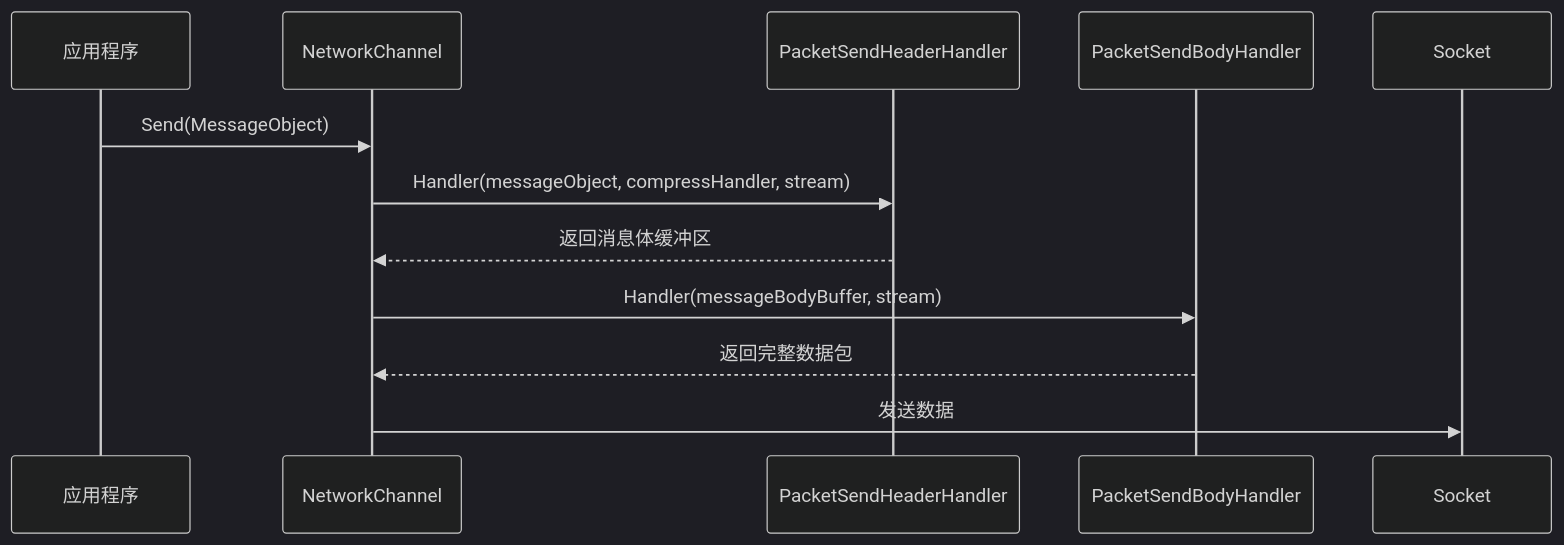
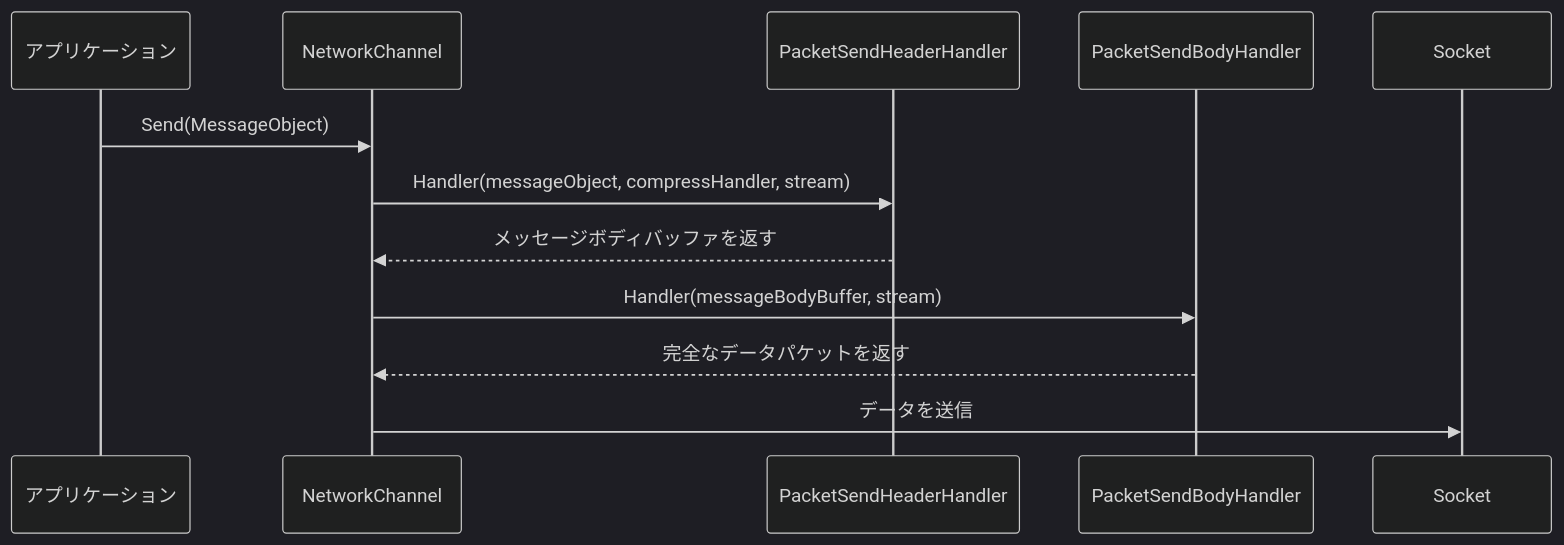
One commit to AlianBlank/GameFrameX.Docs changed the third of 7 diagrams in docs/ja/client/unity/component/network/01.overview.md. Above: the diagram before and after it, drawn with Mermaid (dark theme). The commit also changed other lines of this file and 320 other files, not shown here.

````diff
--- a/docs/ja/client/unity/component/network/01.overview.md
+++ b/docs/ja/client/unity/component/network/01.overview.md
@@ -240,15 +240,15 @@
 ```mermaid
 sequenceDiagram
-    participant App as 应用程序
+    participant App as アプリケーション
     participant NC as NetworkChannel
     participant PSH as PacketSendHeaderHandler
     participant PSB as PacketSendBodyHandler
     participant Socket as Socket
     
     App->>NC: Send(MessageObject)
     NC->>PSH: Handler(messageObject, compressHandler, stream)
-    PSH-->>NC: 返回消息体缓冲区
+    PSH-->>NC: メッセージボディバッファを返す
     NC->>PSB: Handler(messageBodyBuffer, stream)
-    PSB-->>NC: 返回完整数据包
-    NC->>Socket: 发送数据
+    PSB-->>NC: 完全なデータパケットを返す
+    NC->>Socket: データを送信
 ```
````
